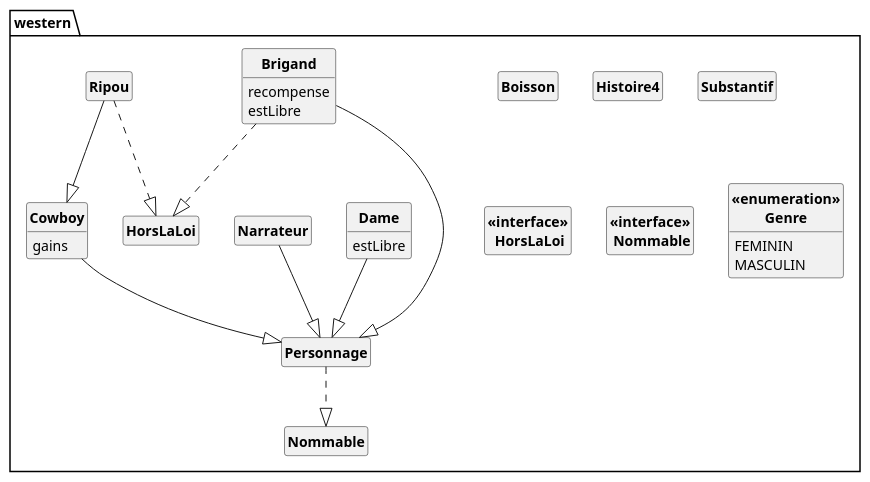
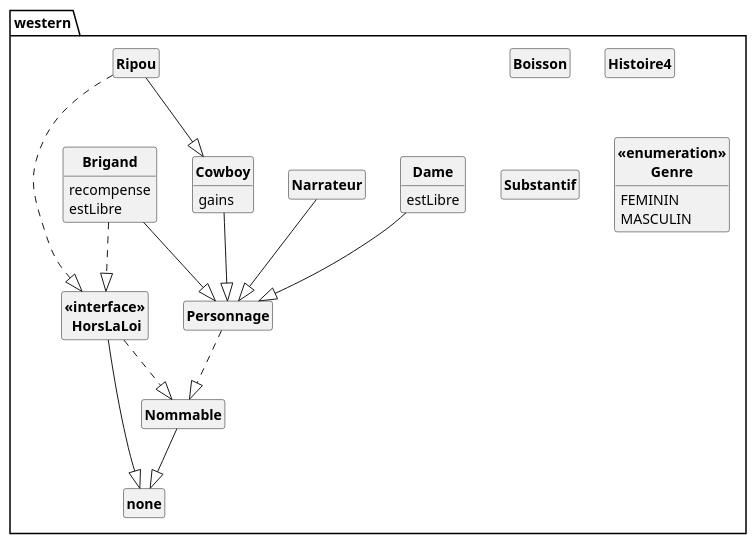
The diagram in javadoc.puml (Lykomonix/API-JAVAtoPUML), drawn with PlantUML before and after one commit. The commit also changed 2 other files, not shown here.

Commit message:
[*]modification de PumlInterface

```diff
--- a/javadoc.puml
+++ b/javadoc.puml
@@ -1,67 +1,78 @@
 @startuml
 
 skinparam style strictuml
 skinparam classAttributeIconSize 0
 skinparam classFontStyle Bold
 hide empty members
 
+
 Package "western" {
+
 class Boisson
 {
 }
 
 class Brigand
 {
 recompense
 estLibre
 }
 Brigand --|> Personnage
 Brigand ..|> HorsLaLoi
 
 class Cowboy
 {
 gains
 }
 Cowboy --|> Personnage
 
 class Dame
 {
 estLibre
 }
 Dame --|> Personnage
 
 class Histoire4
 {
 }
 
 class Narrateur
 {
 }
 Narrateur --|> Personnage
 
 class Personnage
 {
 }
 Personnage ..|> Nommable
 
 class Ripou
 {
+
 }
 Ripou --|> Cowboy
 Ripou ..|> HorsLaLoi
 
 class Substantif
 {
 }
 
-class "<<interface>>\n HorsLaLoi"
-class "<<interface>>\n Nommable"
+class "<<interface>>\n HorsLaLoi" as HorsLaLoi
+{
+
+}
+HorsLaLoi --|> none
+HorsLaLoi ..|> Nommable
+
+class "<<interface>>\n Nommable" as Nommable
+Nommable --|> none
+
 class "<<enumeration>>\nGenre"
 {
 FEMININ
 MASCULIN
 }
 
 }
 
 @enduml
```
